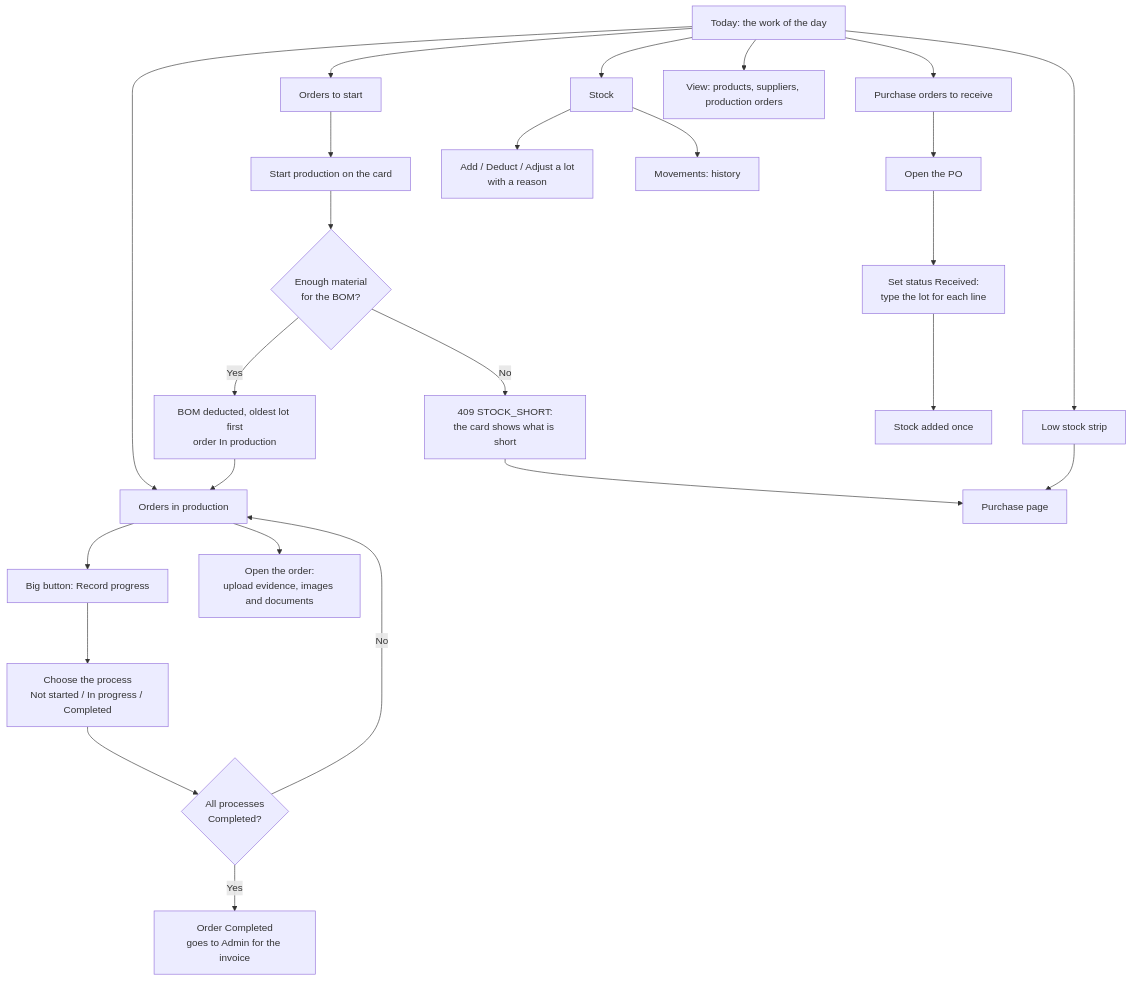
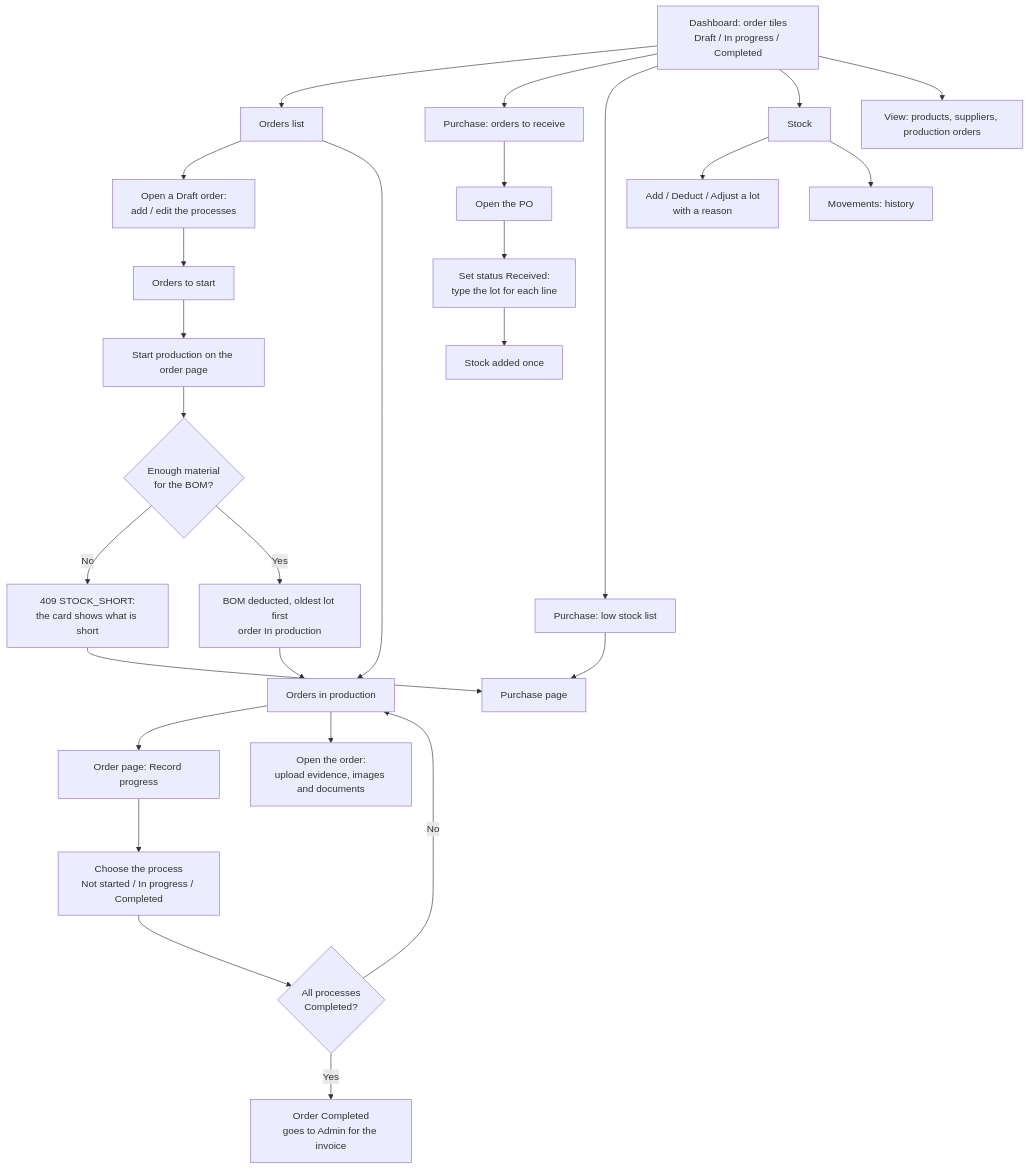
Before and after one commit to Detmon0410/Base_Sample_ERP: the third of 8 diagrams in ProjectdocInfo/User Flow.md, drawn with Mermaid. The commit also changed other lines of this file and 6 other files, not shown here.

Commit message:
ProjectdocInfo: the diagrams follow the code (the Factory adds the processes, no Today page, 23 tables, columns of the ER)

````diff
--- a/ProjectdocInfo/User Flow.md
+++ b/ProjectdocInfo/User Flow.md
@@ -75,31 +75,33 @@
 ```mermaid
 flowchart TD
-    T[Today: the work of the day] --> A1[Orders to start]
-    T --> A2[Orders in production]
-    T --> A3[Purchase orders to receive]
-    T --> A4[Low stock strip]
+    T[Dashboard: order tiles<br/>Draft / In progress / Completed] --> A0[Orders list]
+    A0 --> A00[Open a Draft order:<br/>add / edit the processes]
+    A00 --> A1[Orders to start]
+    A0 --> A2[Orders in production]
+    T --> A3[Purchase: orders to receive]
+    T --> A4[Purchase: low stock list]
 
-    A1 --> B1[Start production on the card]
+    A1 --> B1[Start production on the order page]
     B1 --> B2{Enough material<br/>for the BOM?}
     B2 -- No --> B3[409 STOCK_SHORT:<br/>the card shows what is short]
     B3 --> P1
     B2 -- Yes --> B4[BOM deducted, oldest lot first<br/>order In production]
     B4 --> A2
 
-    A2 --> C1[Big button: Record progress]
+    A2 --> C1[Order page: Record progress]
     C1 --> C2[Choose the process<br/>Not started / In progress / Completed]
     C2 --> C3{All processes<br/>Completed?}
     C3 -- No --> A2
     C3 -- Yes --> C4[Order Completed<br/>goes to Admin for the invoice]
     A2 --> C5[Open the order:<br/>upload evidence, images and documents]
 
     A3 --> R1[Open the PO]
     R1 --> R2[Set status Received:<br/>type the lot for each line]
     R2 --> R3[Stock added once]
 
     A4 --> P1[Purchase page]
     T --> S[Stock]
     S --> S1[Add / Deduct / Adjust a lot<br/>with a reason]
     S --> S2[Movements: history]
     T --> V[View: products, suppliers, production orders]
 ```
````
